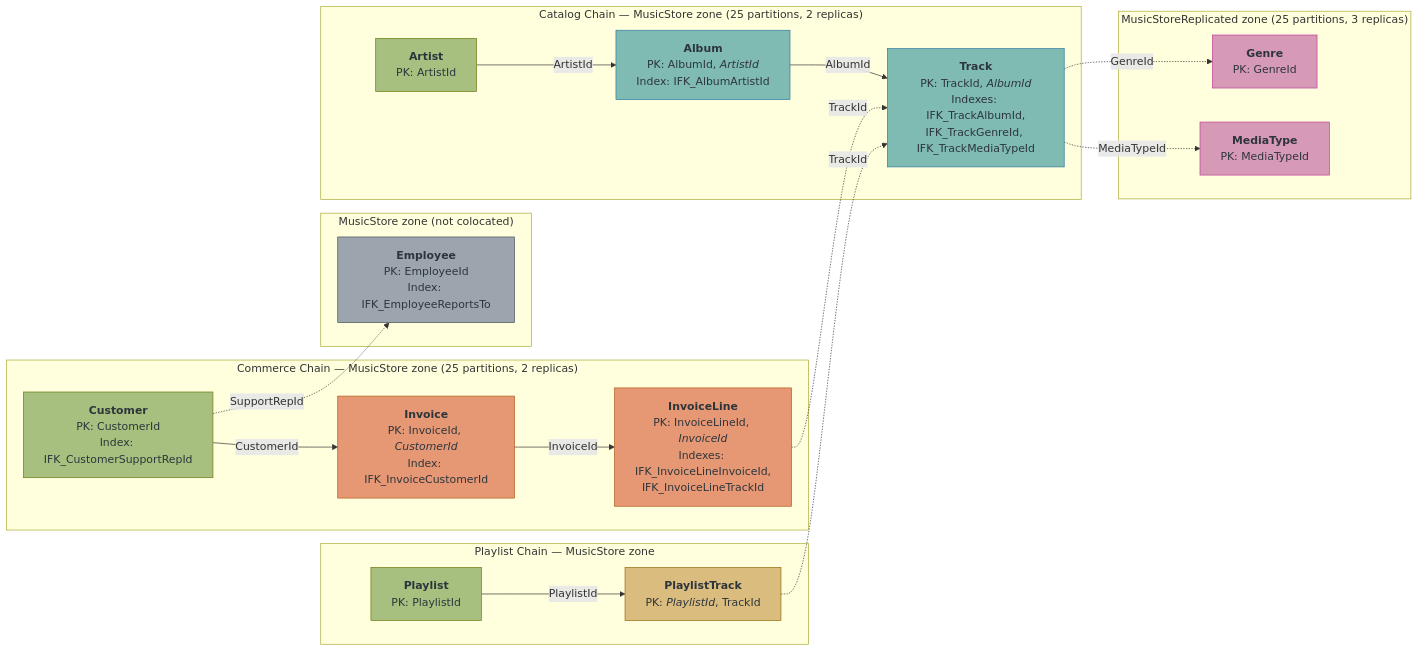
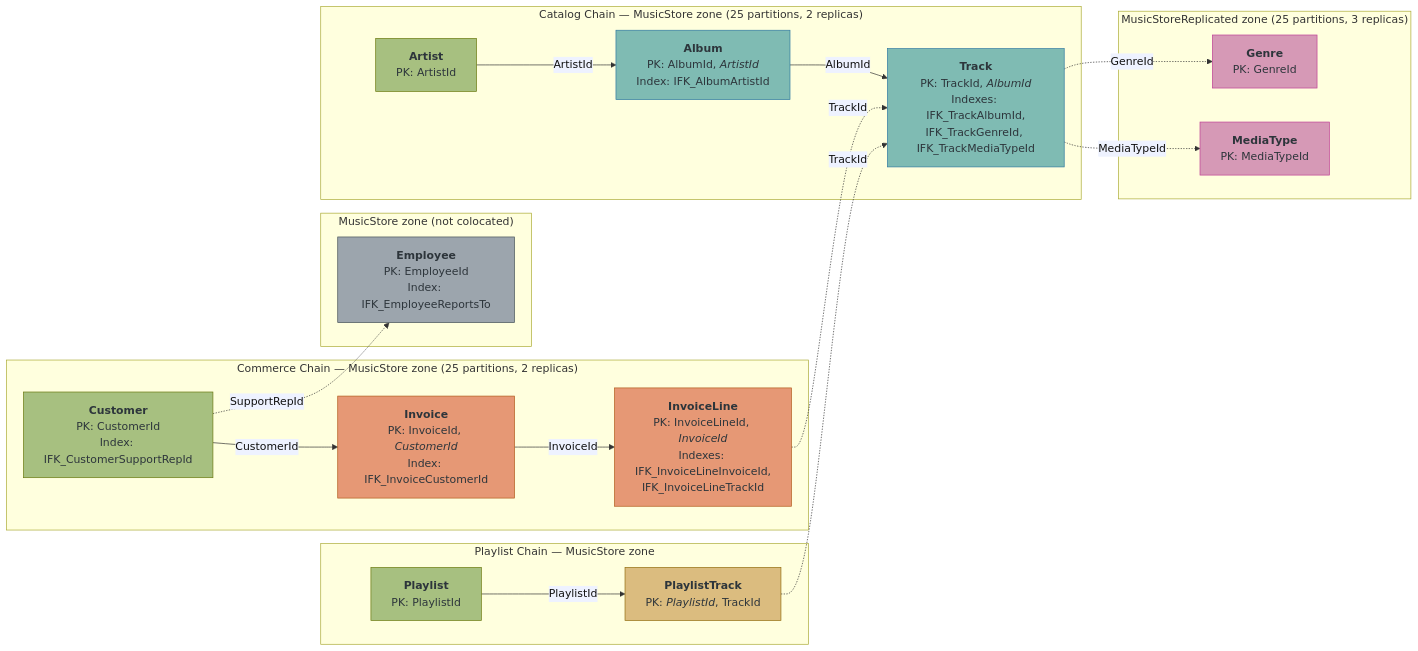
Before and after one commit to mariadb-corporation/mariadb-docs: the fourth of 4 diagrams in gridgain9/gridgain9-tutorials/schema-design-for-distributed-sql/schema-java-annotations.md, drawn with Mermaid. The commit also changed other lines of this file and 31 other files, not shown here.

````diff
--- a/gridgain9/gridgain9-tutorials/schema-design-for-distributed-sql/schema-java-annotations.md
+++ b/gridgain9/gridgain9-tutorials/schema-design-for-distributed-sql/schema-java-annotations.md
@@ -1126,51 +1132,53 @@
 ```mermaid
+%%{init: {"themeVariables": {"edgeLabelBackground": "#eef2ff"}}}%%
 graph LR
     subgraph catalog ["Catalog Chain &mdash; MusicStore zone (25 partitions, 2 replicas)"]
         Artist["<b>Artist</b><br/>PK: ArtistId"]
         Album["<b>Album</b><br/>PK: AlbumId, <i>ArtistId</i><br/>Index: IFK_AlbumArtistId"]
         Track["<b>Track</b><br/>PK: TrackId, <i>AlbumId</i><br/>Indexes: IFK_TrackAlbumId,<br/>IFK_TrackGenreId, IFK_TrackMediaTypeId"]
         Artist -- "ArtistId" --> Album
         Album -- "AlbumId" --> Track
     end
 
     subgraph commerce ["Commerce Chain &mdash; MusicStore zone (25 partitions, 2 replicas)"]
         Customer["<b>Customer</b><br/>PK: CustomerId<br/>Index: IFK_CustomerSupportRepId"]
         Invoice["<b>Invoice</b><br/>PK: InvoiceId, <i>CustomerId</i><br/>Index: IFK_InvoiceCustomerId"]
         InvoiceLine["<b>InvoiceLine</b><br/>PK: InvoiceLineId, <i>InvoiceId</i><br/>Indexes: IFK_InvoiceLineInvoiceId,<br/>IFK_InvoiceLineTrackId"]
         Customer -- "CustomerId" --> Invoice
         Invoice -- "InvoiceId" --> InvoiceLine
     end
 
     subgraph reference ["MusicStoreReplicated zone (25 partitions, 3 replicas)"]
         Genre["<b>Genre</b><br/>PK: GenreId"]
         MediaType["<b>MediaType</b><br/>PK: MediaTypeId"]
     end
 
     subgraph independent ["MusicStore zone (not colocated)"]
         Employee["<b>Employee</b><br/>PK: EmployeeId<br/>Index: IFK_EmployeeReportsTo"]
     end
 
     subgraph playlist ["Playlist Chain &mdash; MusicStore zone"]
         Playlist["<b>Playlist</b><br/>PK: PlaylistId"]
         PlaylistTrack["<b>PlaylistTrack</b><br/>PK: <i>PlaylistId</i>, TrackId"]
         Playlist -- "PlaylistId" --> PlaylistTrack
     end
 
     InvoiceLine -. "TrackId" .-> Track
     PlaylistTrack -. "TrackId" .-> Track
     Track -. "GenreId" .-> Genre
     Track -. "MediaTypeId" .-> MediaType
     Customer -. "SupportRepId" .-> Employee
 
     style Artist fill:#A7C080,stroke:#6a780d,color:#2D353B
     style Customer fill:#A7C080,stroke:#6a780d,color:#2D353B
     style Playlist fill:#A7C080,stroke:#6a780d,color:#2D353B
     style Album fill:#7FBBB3,stroke:#2e78a0,color:#2D353B
     style Track fill:#7FBBB3,stroke:#2e78a0,color:#2D353B
     style Invoice fill:#E69875,stroke:#b15919,color:#2D353B
     style InvoiceLine fill:#E69875,stroke:#b15919,color:#2D353B
     style PlaylistTrack fill:#DBBC7F,stroke:#916b0c,color:#2D353B
     style Genre fill:#D699B6,stroke:#bd3f95,color:#2D353B
     style MediaType fill:#D699B6,stroke:#bd3f95,color:#2D353B
     style Employee fill:#9CA5AD,stroke:#475258,color:#2D353B
+    linkStyle default color:#111111
 ```
````
